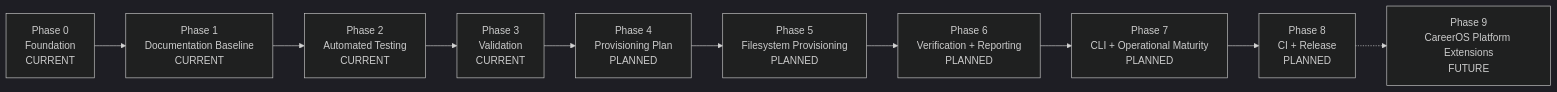
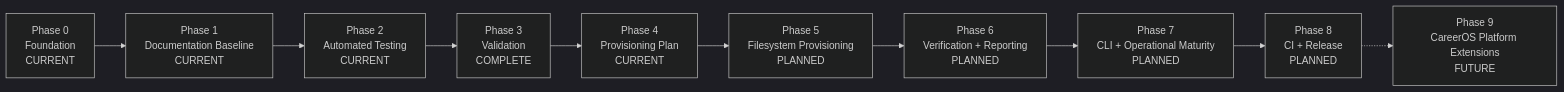
The first of 3 diagrams in Documentation/Roadmap/ROADMAP.md (ChrisLThompson/CareerOS.Bootstrap), drawn with Mermaid (dark theme) before and after one commit. The commit also changed other lines of this file and 1 other file, not shown here.

Commit message:
docs: close m3 and advance roadmap to m4

````diff
--- a/Documentation/Roadmap/ROADMAP.md
+++ b/Documentation/Roadmap/ROADMAP.md
@@ -46,23 +46,23 @@
 ```mermaid
 flowchart LR
     P0["Phase 0<br/>Foundation<br/>CURRENT"]
     P1["Phase 1<br/>Documentation Baseline<br/>CURRENT"]
     P2["Phase 2<br/>Automated Testing<br/>CURRENT"]
-    P3["Phase 3<br/>Validation<br/>CURRENT"]
-    P4["Phase 4<br/>Provisioning Plan<br/>PLANNED"]
+    P3["Phase 3<br/>Validation<br/>COMPLETE"]
+    P4["Phase 4<br/>Provisioning Plan<br/>CURRENT"]
     P5["Phase 5<br/>Filesystem Provisioning<br/>PLANNED"]
     P6["Phase 6<br/>Verification + Reporting<br/>PLANNED"]
     P7["Phase 7<br/>CLI + Operational Maturity<br/>PLANNED"]
     P8["Phase 8<br/>CI + Release<br/>PLANNED"]
     P9["Phase 9<br/>CareerOS Platform Extensions<br/>FUTURE"]
 
     P0 --> P1
     P1 --> P2
     P2 --> P3
     P3 --> P4
     P4 --> P5
     P5 --> P6
     P6 --> P7
     P7 --> P8
     P8 -.-> P9
 ```
````
